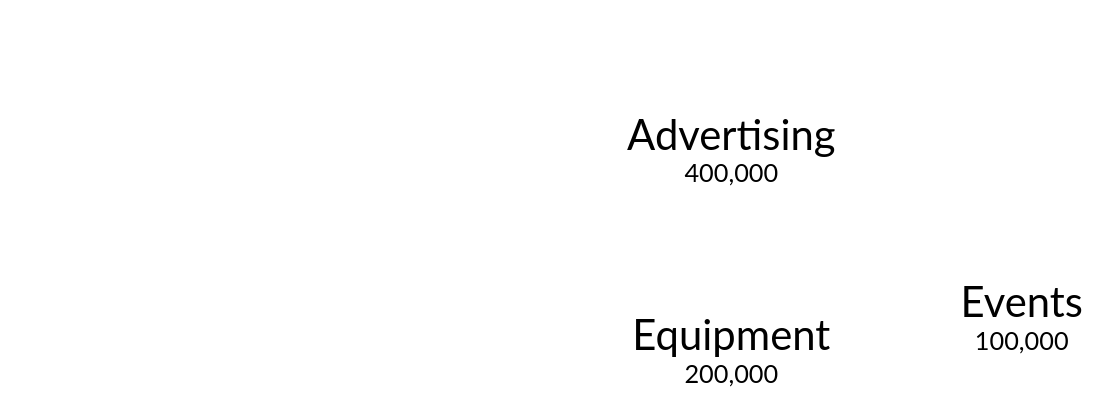
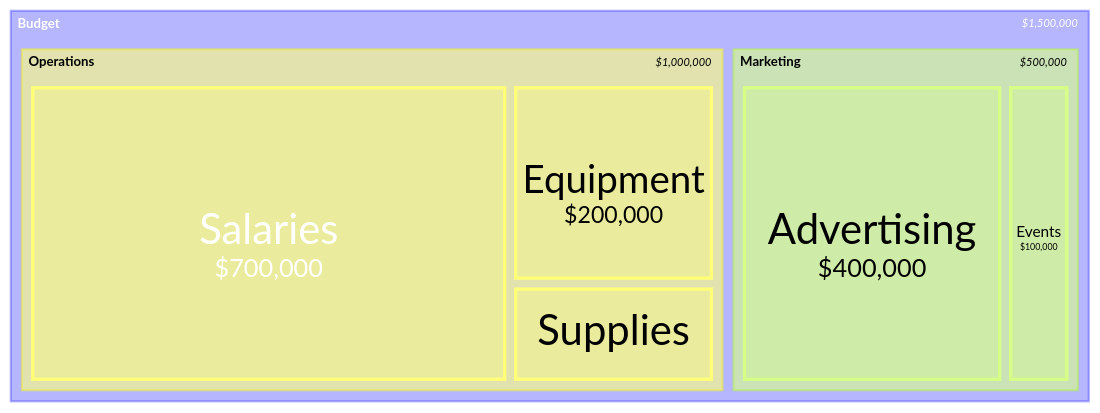
The diagram in e2e/diagrams/treemap/8-should-handle-dollar-value-formatting-with-thousands-separator.mmd (mermaid-js/mermaid), drawn with Mermaid before and after one commit. The commit also changed 25 other files, not shown here.

```diff
--- a/e2e/diagrams/treemap/8-should-handle-dollar-value-formatting-with-thousands-separator.mmd
+++ b/e2e/diagrams/treemap/8-should-handle-dollar-value-formatting-with-thousands-separator.mmd
@@ -1,9 +1,14 @@
+---
+config:
+  treemap:
+    valueFormat: '$0,0'
+---
 treemap
   "Budget"
-  "Operations"
-  "Salaries": 700000
-  "Equipment": 200000
-  "Supplies": 100000
-  "Marketing"
-  "Advertising": 400000
-  "Events": 100000
+    "Operations"
+      "Salaries": 700000
+      "Equipment": 200000
+      "Supplies": 100000
+    "Marketing"
+      "Advertising": 400000
+      "Events": 100000
```
